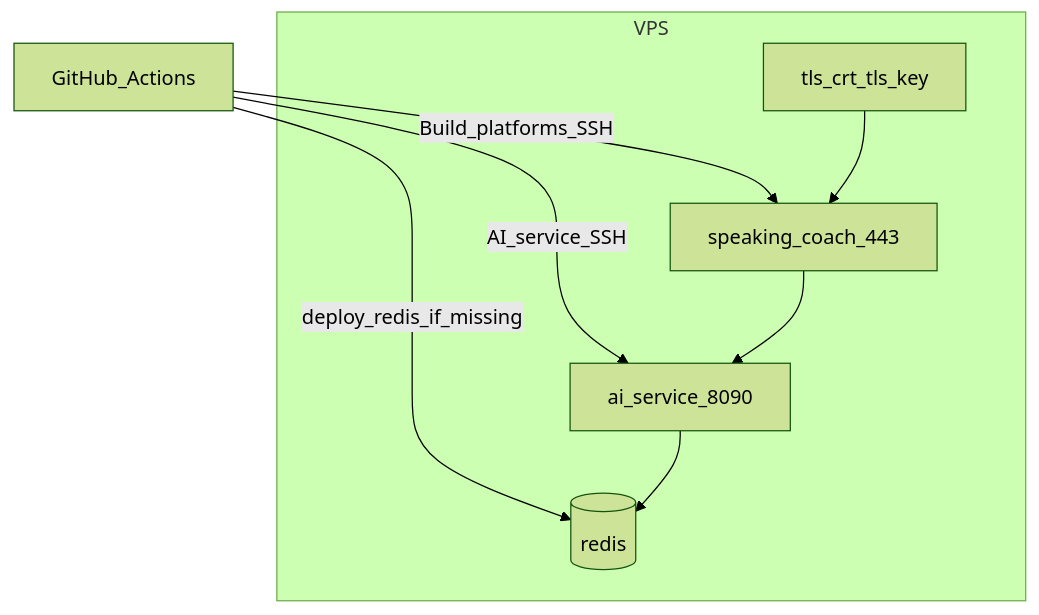
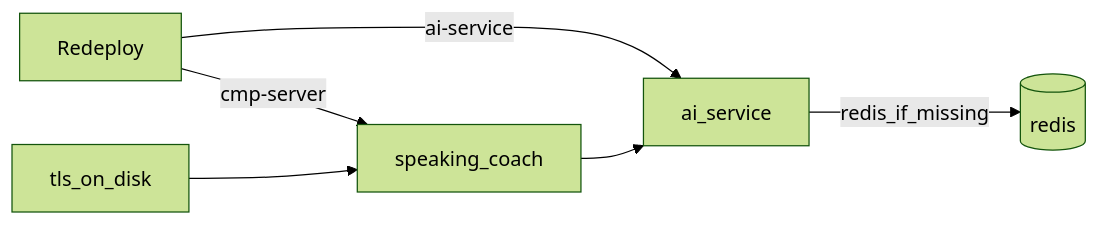
The diagram in ai_docs/deploy.md (greenblat17/1billion-dollar-startup), drawn with Mermaid (forest theme) before and after one commit. The commit also changed other lines of this file and 13 other files, not shown here.

````diff
--- a/ai_docs/deploy.md
+++ b/ai_docs/deploy.md
@@ -24,16 +24,13 @@
 ```mermaid
-flowchart TB
-  gh[GitHub_Actions]
-  subgraph vps [VPS]
-    ktor[speaking_coach_443]
-    ai[ai_service_8090]
-    redis[(redis)]
-    tls[tls_crt_tls_key]
-  end
-  gh -->|Build_platforms_SSH| ktor
-  gh -->|AI_service_SSH| ai
-  gh -->|deploy_redis_if_missing| redis
+flowchart LR
+  redeploy[Redeploy]
+  ktor[speaking_coach]
+  ai[ai_service]
+  redis[(redis)]
+  tls[tls_on_disk]
+  redeploy -->|cmp-server| ktor
+  redeploy -->|ai-service| ai
+  ai -->|redis_if_missing| redis
   ktor --> ai
-  ai --> redis
   tls --> ktor
 ```
````
